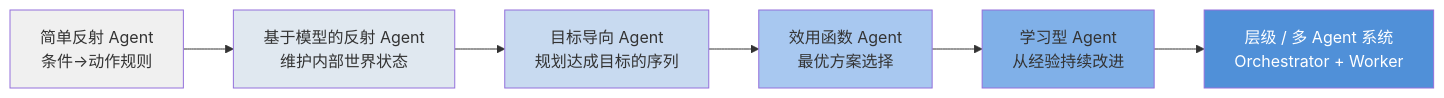
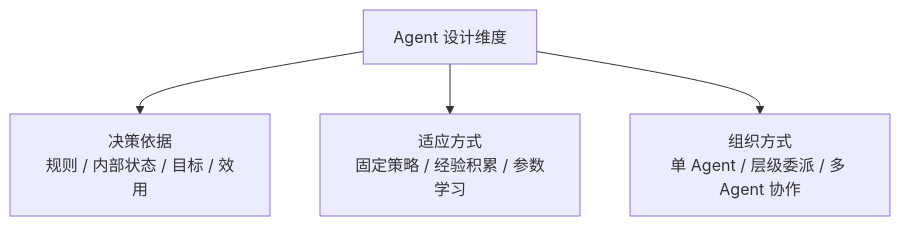
Before and after one commit to TingdeLiu/tingdeliu.github.io: the third of 50 diagrams in _posts/research/2026-03-05-AI-Agent-Survey.md, drawn with Mermaid. The commit also changed other lines of this file, not shown here.

Commit message:
docs: improve AI Agent survey structure and clarity

````diff
--- a/_posts/research/2026-03-05-AI-Agent-Survey.md
+++ b/_posts/research/2026-03-05-AI-Agent-Survey.md
@@ -121,15 +141,7 @@
 ```mermaid
-flowchart LR
-    A["简单反射 Agent\n条件→动作规则"] --> B["基于模型的反射 Agent\n维护内部世界状态"]
-    B --> C["目标导向 Agent\n规划达成目标的序列"]
-    C --> D["效用函数 Agent\n最优方案选择"]
-    D --> E["学习型 Agent\n从经验持续改进"]
-    E --> F["层级 / 多 Agent 系统\nOrchestrator + Worker"]
-
-    style A fill:#f0f0f0
-    style B fill:#e0e8f0
-    style C fill:#c8daf0
-    style D fill:#a8c8f0
-    style E fill:#80b0e8
-    style F fill:#5090d8,color:#fff
+flowchart TB
+    A["Agent 设计维度"]
+    A --> B["决策依据\n规则 / 内部状态 / 目标 / 效用"]
+    A --> C["适应方式\n固定策略 / 经验积累 / 参数学习"]
+    A --> D["组织方式\n单 Agent / 层级委派 / 多 Agent 协作"]
 ```
````
